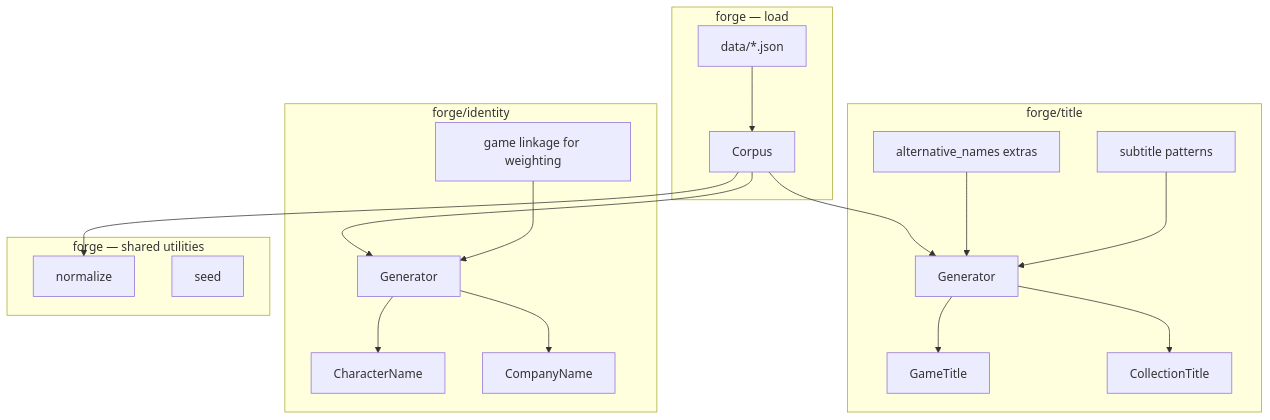
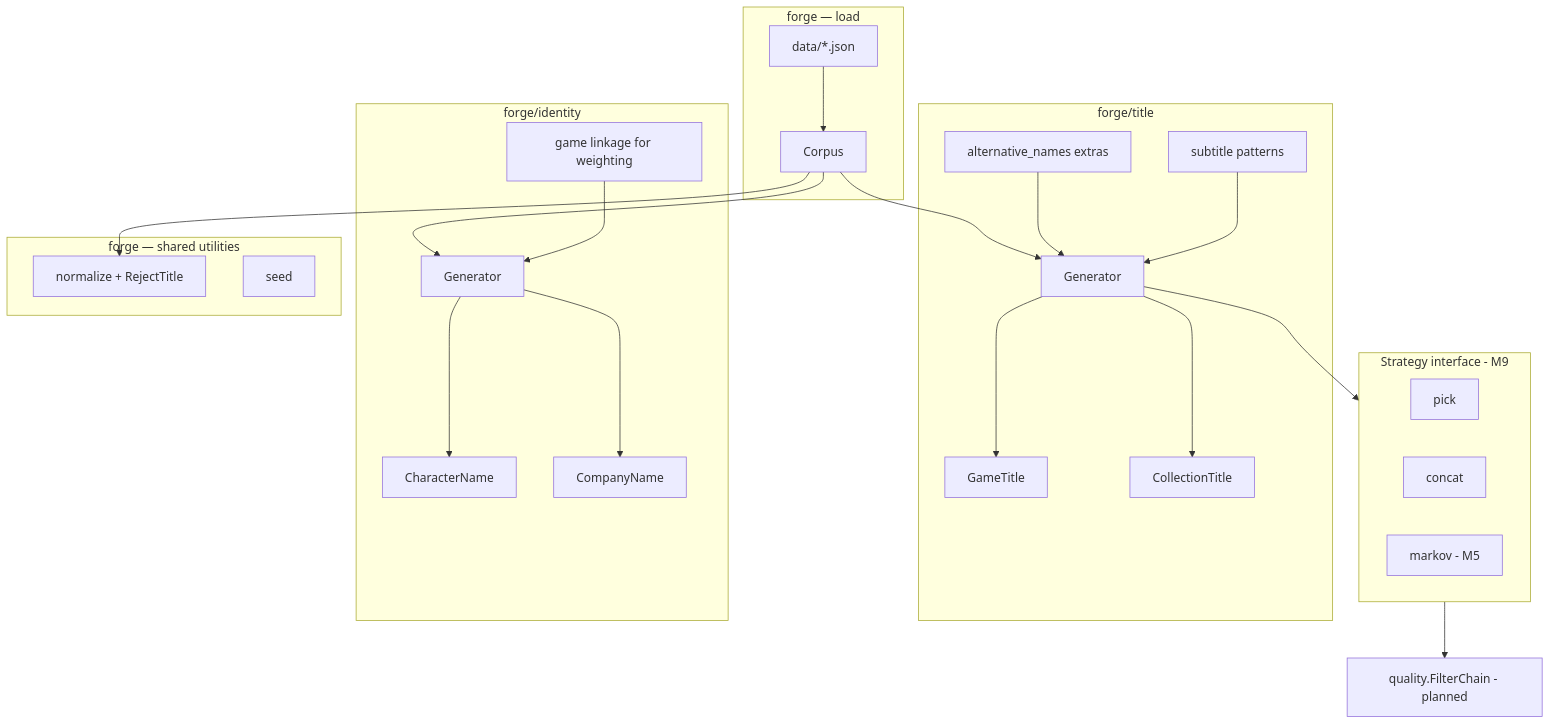
One commit to ridespirals/vargames-name-gen changed the diagram in planning/FORGE-PACKAGE.md. Above: the diagram before and after it, drawn with Mermaid. The commit also changed other lines of this file and 27 other files, not shown here.

````diff
--- a/planning/FORGE-PACKAGE.md
+++ b/planning/FORGE-PACKAGE.md
@@ -20,32 +20,41 @@
 ```mermaid
 flowchart TB
   subgraph load [forge — load]
     JSON[data/*.json]
     Corpus[Corpus]
     JSON --> Corpus
   end
 
   subgraph title_pkg [forge/title]
     Corpus --> TitleGen[Generator]
     TitleGen --> GameTitle[GameTitle]
     TitleGen --> CollectionTitle[CollectionTitle]
     AltExtras[alternative_names extras]
     SubExtras[subtitle patterns]
     AltExtras --> TitleGen
     SubExtras --> TitleGen
   end
 
   subgraph identity_pkg [forge/identity]
     Corpus --> IdentityGen[Generator]
     IdentityGen --> CharName[CharacterName]
     IdentityGen --> CompanyName[CompanyName]
     GameLink[game linkage for weighting]
     GameLink --> IdentityGen
   end
 
   subgraph shared [forge — shared utilities]
-    Normalize[normalize]
+    Normalize[normalize + RejectTitle]
     Seed[seed]
     Corpus --> Normalize
   end
+
+  subgraph strategies [Strategy interface - M9]
+    Pick[pick]
+    Concat[concat]
+    Markov[markov - M5]
+  end
+
+  TitleGen --> strategies
+  strategies --> Quality[quality.FilterChain - planned]
 ```
````
